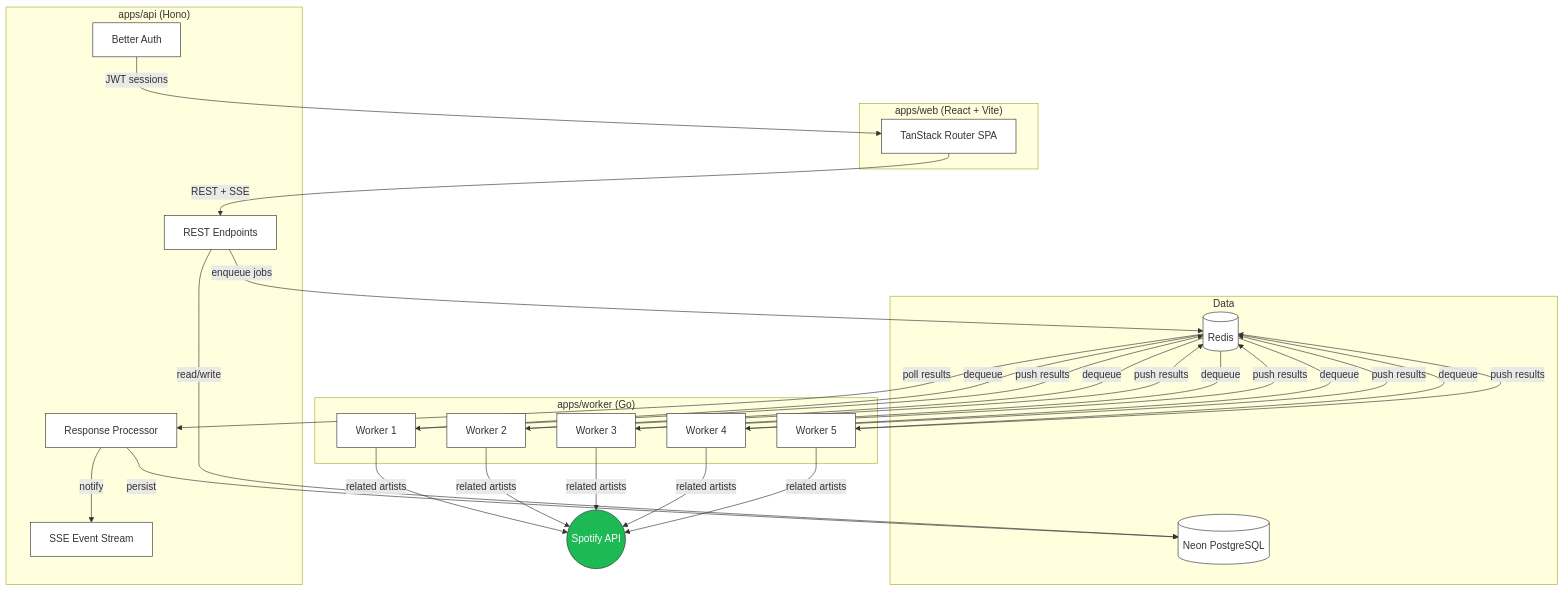
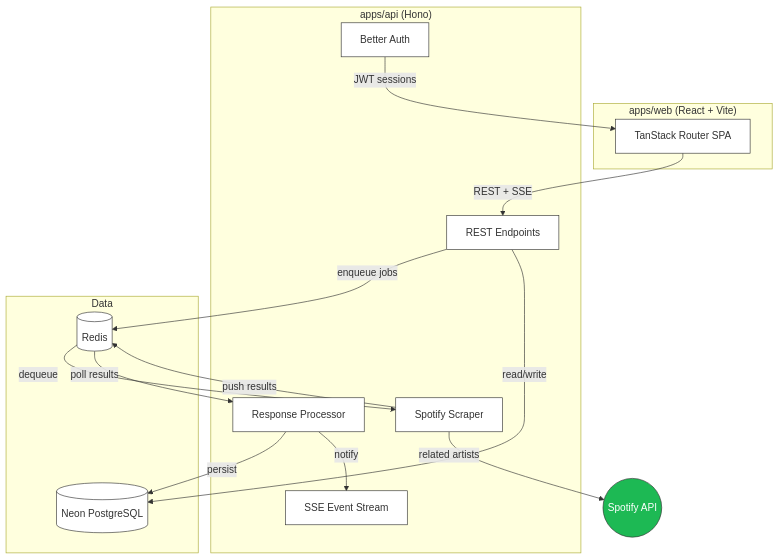
One commit to simonbalfe/shrillecho changed the diagram in README.md. Above: the diagram before and after it, drawn with Mermaid. The commit also changed other lines of this file and 108 other files, not shown here.

````diff
--- a/README.md
+++ b/README.md
@@ -18,45 +17,38 @@
 ```mermaid
 flowchart TD
     subgraph Frontend["apps/web (React + Vite)"]
         UI[TanStack Router SPA]
     end
 
     subgraph API["apps/api (Hono)"]
         Auth[Better Auth]
         Routes[REST Endpoints]
         SSE[SSE Event Stream]
         RP[Response Processor]
-    end
-
-    subgraph Worker["apps/worker (Go)"]
-        W1[Worker 1]
-        W2[Worker 2]
-        W3[Worker 3]
-        W4[Worker 4]
-        W5[Worker 5]
+        Scraper[Spotify Scraper]
     end
 
     subgraph Data
         PG[(Neon PostgreSQL)]
         RD[(Redis)]
     end
 
     Spotify((Spotify API))
 
     UI -->|REST + SSE| Routes
     Auth -->|JWT sessions| UI
 
     Routes -->|enqueue jobs| RD
-    RD -->|dequeue| W1 & W2 & W3 & W4 & W5
-    W1 & W2 & W3 & W4 & W5 -->|related artists| Spotify
-    W1 & W2 & W3 & W4 & W5 -->|push results| RD
+    RD -->|dequeue| Scraper
+    Scraper -->|related artists| Spotify
+    Scraper -->|push results| RD
     RD -->|poll results| RP
     RP -->|persist| PG
     RP -->|notify| SSE
 
     Routes -->|read/write| PG
 
     classDef default fill:#fff,stroke:#333
     classDef spotify fill:#1DB954,stroke:#333,color:#fff
     class Spotify spotify
 ```
````
